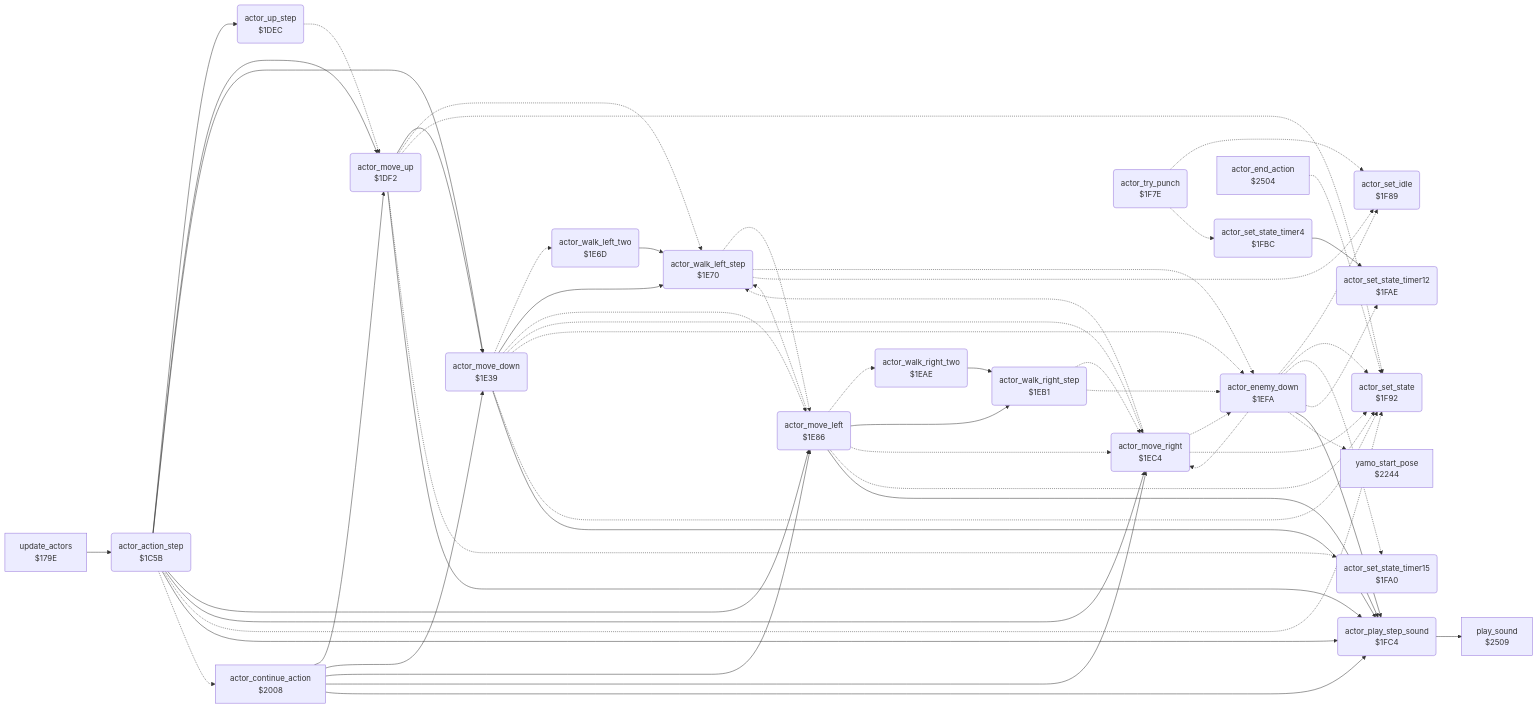
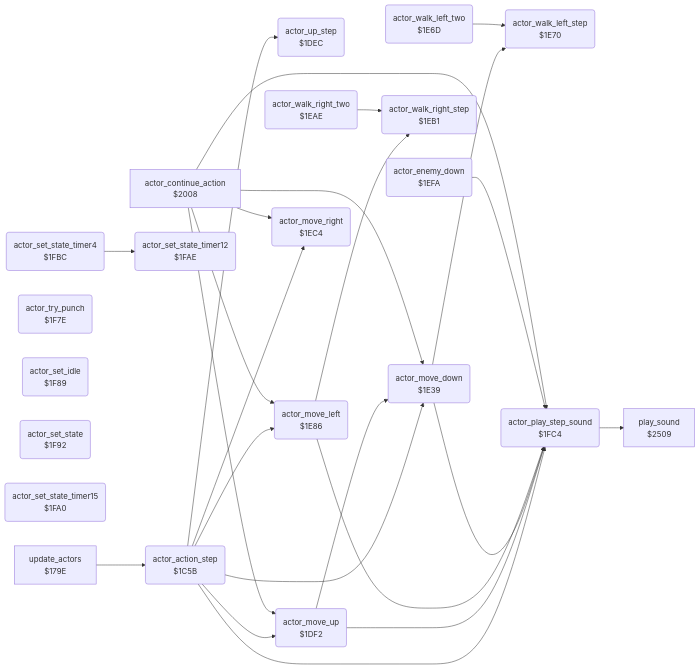
The diagram in bruce_lee/docs/reference/modules/actor/actor_step.md (henols/c64_games), drawn with Mermaid before and after one commit. The commit also changed other lines of this file and 236 other files, not shown here.

````diff
--- a/bruce_lee/docs/reference/modules/actor/actor_step.md
+++ b/bruce_lee/docs/reference/modules/actor/actor_step.md
@@ -10,81 +41,47 @@
 ```mermaid
 flowchart LR
   n179e["update_actors<br/>$179E"]
   n1c5b("actor_action_step<br/>$1C5B")
   n1dec("actor_up_step<br/>$1DEC")
   n1df2("actor_move_up<br/>$1DF2")
   n1e39("actor_move_down<br/>$1E39")
   n1e6d("actor_walk_left_two<br/>$1E6D")
   n1e70("actor_walk_left_step<br/>$1E70")
   n1e86("actor_move_left<br/>$1E86")
   n1eae("actor_walk_right_two<br/>$1EAE")
   n1eb1("actor_walk_right_step<br/>$1EB1")
   n1ec4("actor_move_right<br/>$1EC4")
   n1efa("actor_enemy_down<br/>$1EFA")
   n1f7e("actor_try_punch<br/>$1F7E")
   n1f89("actor_set_idle<br/>$1F89")
   n1f92("actor_set_state<br/>$1F92")
   n1fa0("actor_set_state_timer15<br/>$1FA0")
   n1fae("actor_set_state_timer12<br/>$1FAE")
   n1fbc("actor_set_state_timer4<br/>$1FBC")
   n1fc4("actor_play_step_sound<br/>$1FC4")
   n2008["actor_continue_action<br/>$2008"]
-  n2244["yamo_start_pose<br/>$2244"]
-  n2504["actor_end_action<br/>$2504"]
   n2509["play_sound<br/>$2509"]
   n179e --> n1c5b
   n1c5b --> n1dec
   n1c5b --> n1df2
   n1c5b --> n1e39
   n1c5b --> n1e86
   n1c5b --> n1ec4
-  n1c5b -.-> n1f92
   n1c5b --> n1fc4
-  n1c5b -.-> n2008
-  n1dec -.-> n1df2
   n1df2 --> n1e39
-  n1df2 -.-> n1e70
-  n1df2 -.-> n1f92
-  n1df2 -.-> n1fa0
   n1df2 --> n1fc4
-  n1e39 -.-> n1e6d
   n1e39 --> n1e70
-  n1e39 -.-> n1e86
-  n1e39 -.-> n1ec4
-  n1e39 -.-> n1efa
-  n1e39 -.-> n1f92
   n1e39 --> n1fc4
   n1e6d --> n1e70
-  n1e70 -.-> n1e86
-  n1e70 -.-> n1efa
-  n1e70 -.-> n1f89
-  n1e86 -.-> n1e70
-  n1e86 -.-> n1eae
   n1e86 --> n1eb1
-  n1e86 -.-> n1ec4
-  n1e86 -.-> n1f92
   n1e86 --> n1fc4
   n1eae --> n1eb1
-  n1eb1 -.-> n1ec4
-  n1eb1 -.-> n1efa
-  n1ec4 -.-> n1e70
-  n1ec4 -.-> n1efa
-  n1ec4 -.-> n1f92
-  n1efa -.-> n1ec4
-  n1efa -.-> n1f89
-  n1efa -.-> n1f92
-  n1efa -.-> n1fa0
-  n1efa -.-> n1fae
   n1efa --> n1fc4
-  n1efa -.-> n2244
-  n1f7e -.-> n1f89
-  n1f7e -.-> n1fbc
   n1fbc --> n1fae
   n1fc4 --> n2509
   n2008 --> n1df2
   n2008 --> n1e39
   n2008 --> n1e86
   n2008 --> n1ec4
   n2008 --> n1fc4
-  n2504 -.-> n1f92
 ```
````
